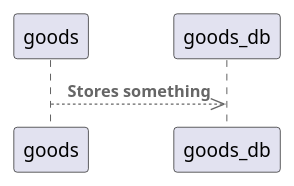
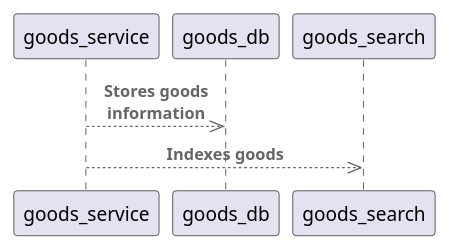
Before and after one commit to acme-corp-tech/goods: the diagram in resources/diagrams/goods_relations.puml, drawn with PlantUML. The commit also changed 1 other file, not shown here.

Commit message:
Update diagrams

```diff
--- a/resources/diagrams/goods_relations.puml
+++ b/resources/diagrams/goods_relations.puml
@@ -1,6 +1,7 @@
 @startuml "goods_relations"
 !include https://raw.githubusercontent.com/plantuml-stdlib/C4-PlantUML/master/C4_Container.puml
 
-Rel(goods, goods_db, "Stores something")
+Rel(goods_service, goods_db, "Stores goods information")
+Rel(goods_service, goods_search, "Indexes goods")
 
 @enduml
```
